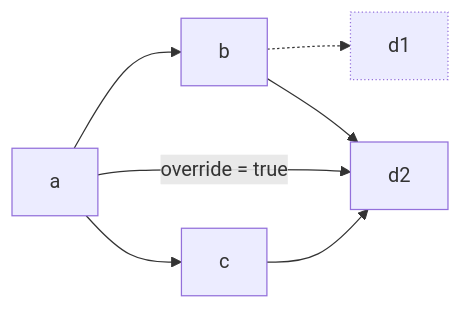
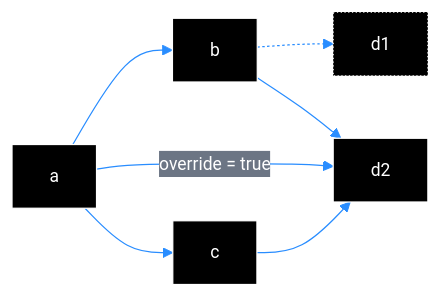
Before and after one commit to GeunhwaJeong/haneul-new: the second of 2 diagrams in docs/content/guides/developer/packages/move-package-management.mdx, drawn with Mermaid. The commit also changed other lines of this file and 27 other files, not shown here.

First line of the commit message:
docs: initial batch of diagram standardization

````diff
--- a/docs/content/guides/developer/packages/move-package-management.mdx
+++ b/docs/content/guides/developer/packages/move-package-management.mdx
@@ -169,8 +185,24 @@
 ```mermaid
+---
+config:
+  theme: base
+  themeVariables:
+    primaryColor: '#298DFF'
+    primaryTextColor: '#FFFFFF'
+    primaryBorderColor: '#FFFFFF'
+    secondaryColor: '#6C7584'
+    tertiaryColor: '#FFFFFF'
+    lineColor: '#298DFF'
+    background: '#FFFFFF'
+    mainBkg: '#000000'
+    secondBkg: '#6C7584'
+    fontSize: '14px'
+    fontFamily: 'Inter, sans-serif'
+---
 graph LR;
   a --> b -.-> d1;
   a -->|override = true| d2;
   a --> c --> d2;
   b --> d2;
   style d1 stroke-dasharray: 1 2;
 ```
````
